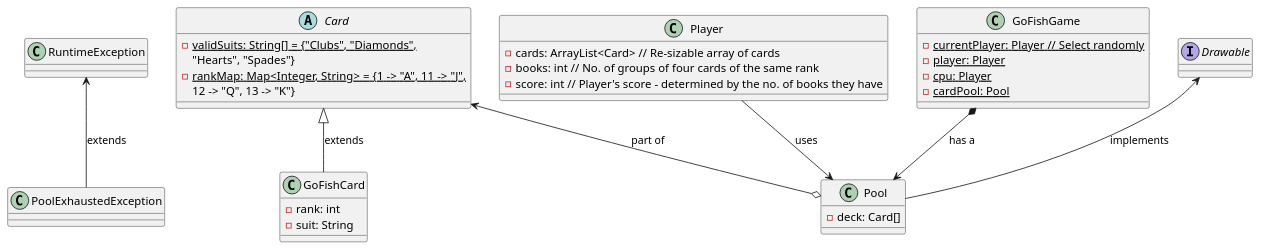
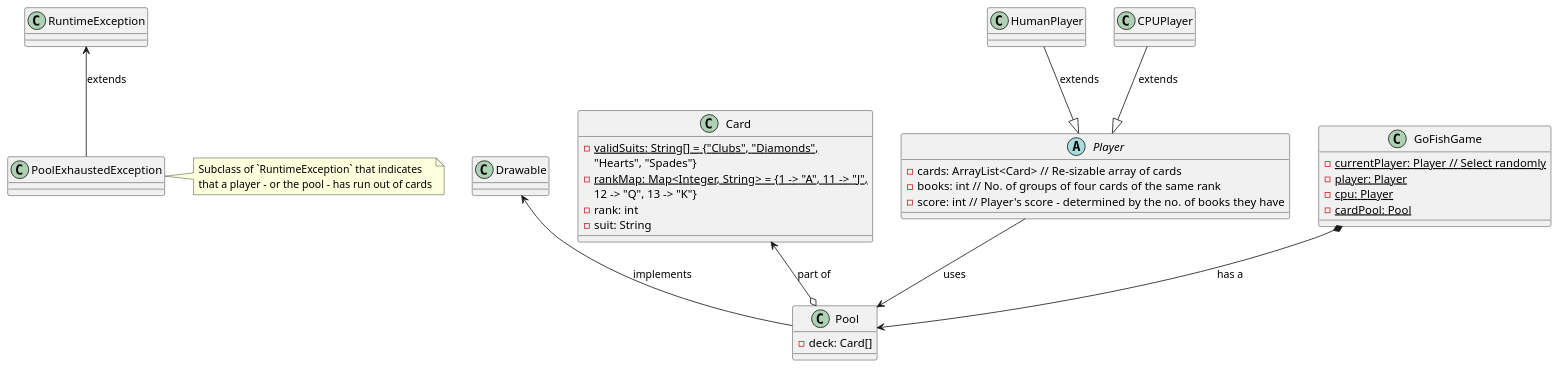
One commit to SanteIsHere/GoFishFinalProject changed the diagram in doc/GoFish.puml. Above: the diagram before and after it, drawn with PlantUML. The commit also changed 8 other files, not shown here.

Commit message:
Make abstract class `Player` and subclasses `HumanPlayer` and `CPUPlayer`; Write method `updateBooks`; rename `Player.draw` to `Player.goFish`

```diff
--- a/doc/GoFish.puml
+++ b/doc/GoFish.puml
@@ -1,55 +1,65 @@
 @startuml GoFishGame
 
 ' note top of Game
 '     "Go Fish simulation for two players"
 ' end note
 
-class Player {
+abstract class Player {
     - cards: ArrayList<Card> // Re-sizable array of cards
     - books: int // No. of groups of four cards of the same rank
     - score: int // Player's score - determined by the no. of books they have
+}
+
+class HumanPlayer {
+
+}
+
+class CPUPlayer {
+
 }
 
 class GoFishGame {
     - {static} currentPlayer: Player // Select randomly
     - {static} player: Player
     - {static} cpu: Player
     - {static} cardPool: Pool
 }
 
 class Pool {
     - deck: Card[]
 }
 
 ' note right of Pool
 '     "Represents the deck of available cards"
 ' end note
 
-abstract class Card {
+class Card {
     - {static} validSuits: String[] = {"Clubs", "Diamonds", 
     "Hearts", "Spades"}
     - {static} rankMap: Map<Integer, String> = {1 -> "A", 11 -> "J", 
     12 -> "Q", 13 -> "K"}
+    - rank: int
+    - suit: String
 }
 
-class GoFishCard {
-    - rank: int
-    - suit: String
+class Card {
 }
 
 class PoolExhaustedException {
 
 }
 
-interface Drawable {
-    
-}
+note right of PoolExhaustedException
+    Subclass of `RuntimeException` that indicates
+    that a player - or the pool - has run out of cards
+end note
 
+HumanPlayer --|> Player: extends
+CPUPlayer --|> Player: extends
 Player --> Pool: uses
 Pool o-up-> Card: part of
-GoFishCard -up-|> Card: extends
 GoFishGame *--> Pool: has a
 Pool -up-> Drawable: implements
 PoolExhaustedException -up-> RuntimeException: extends
 
 @enduml
```
